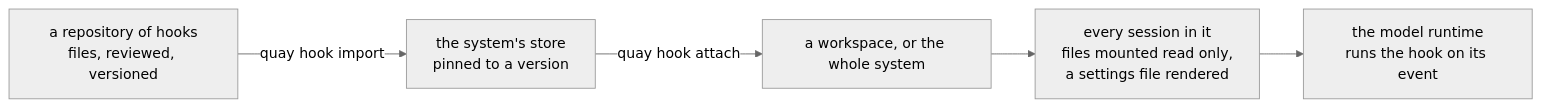
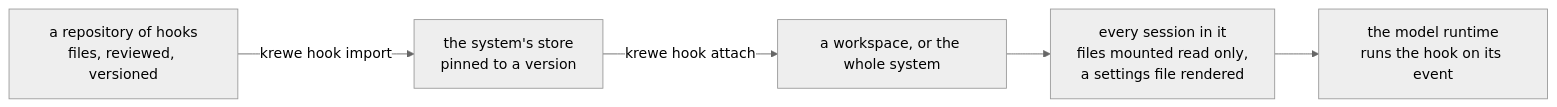
Before and after one commit to atlantic-blue/quay-crew: the first of 2 diagrams in docs/HOOKS.md, drawn with Mermaid (neutral theme). The commit also changed other lines of this file and 27 other files, not shown here.

````diff
--- a/docs/HOOKS.md
+++ b/docs/HOOKS.md
@@ -44,7 +44,7 @@
 ```mermaid
 flowchart LR
-    A["a repository of hooks<br/>files, reviewed, versioned"] -->|"quay hook import"| B["the system's store<br/>pinned to a version"]
-    B -->|"quay hook attach"| C["a workspace, or the whole system"]
+    A["a repository of hooks<br/>files, reviewed, versioned"] -->|"krewe hook import"| B["the system's store<br/>pinned to a version"]
+    B -->|"krewe hook attach"| C["a workspace, or the whole system"]
     C --> D["every session in it<br/>files mounted read only,<br/>a settings file rendered"]
     D --> E["the model runtime<br/>runs the hook on its event"]
 ```
````
